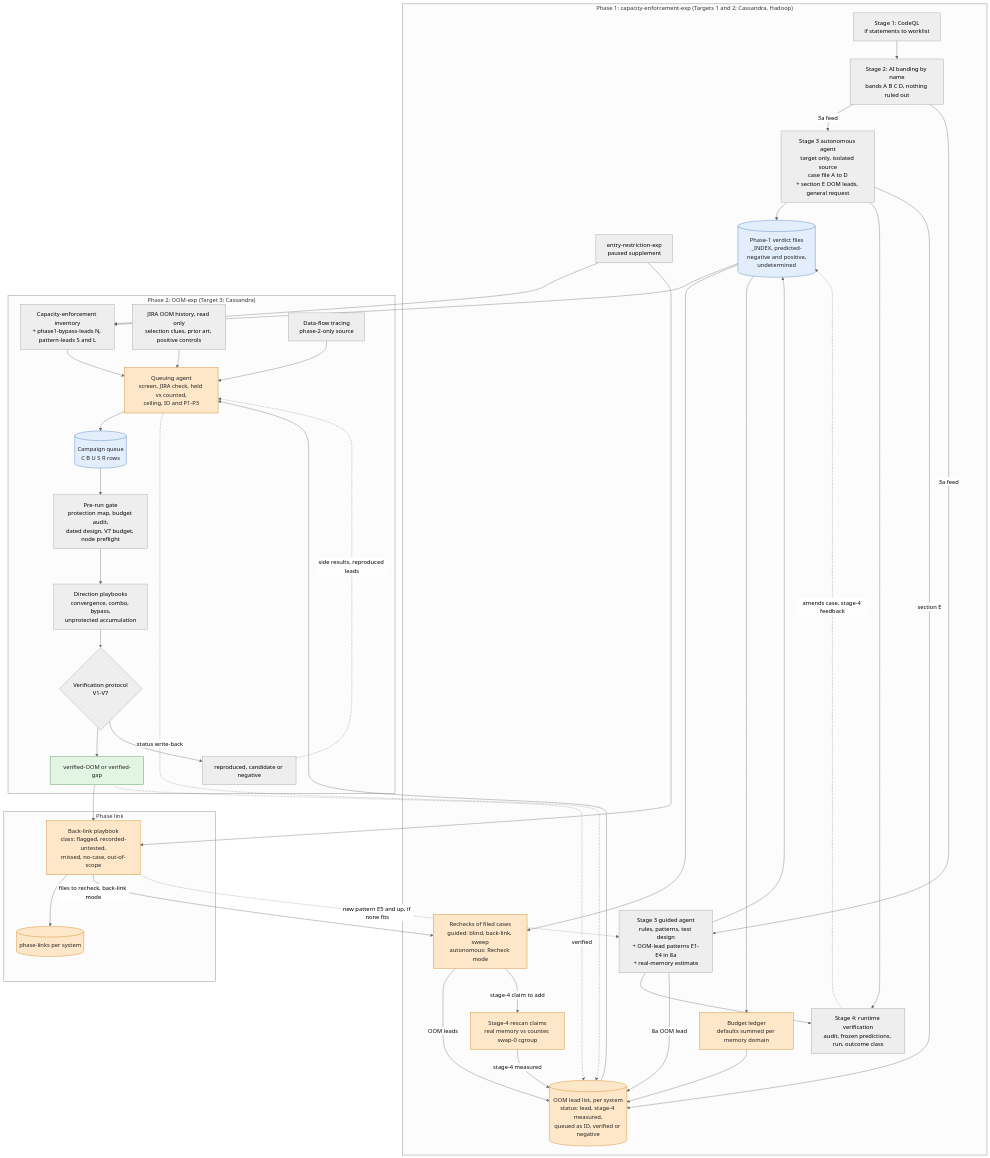
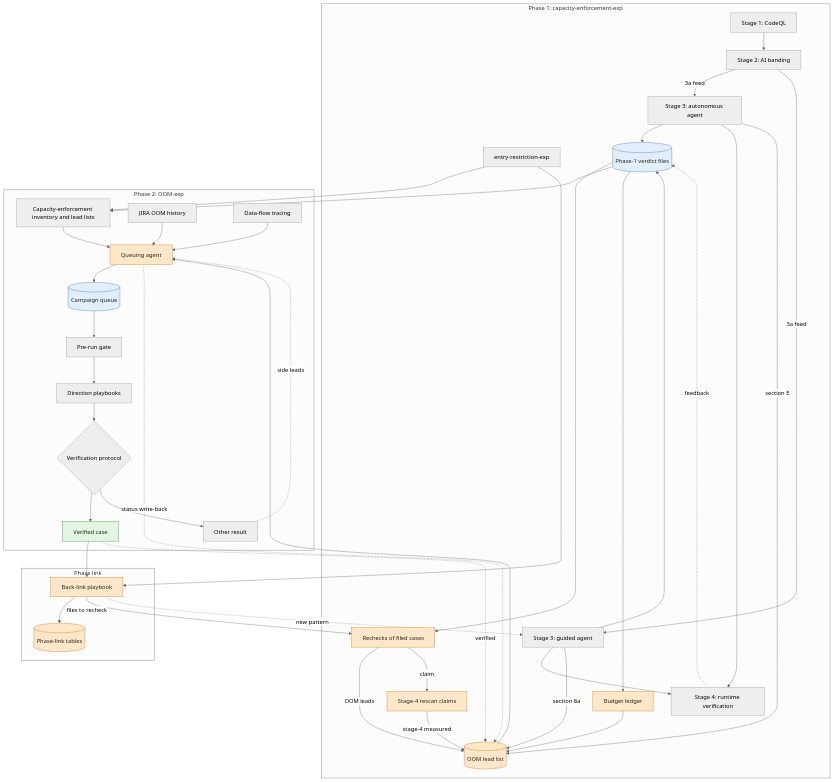
Before and after one commit to MengJingsong/Misconfiguration: the diagram in experiments/FLOWCHART.md, drawn with Mermaid (neutral theme). The commit also changed other lines of this file and 1 other file, not shown here.

Commit message:
Experiments flowchart: step names only; rule notes it

````diff
--- a/experiments/FLOWCHART.md
+++ b/experiments/FLOWCHART.md
@@ -79,80 +80,80 @@
 ```mermaid
 flowchart TD
   classDef newlink fill:#fde7c8,stroke:#c77700,color:#222
   classDef store fill:#e3eefc,stroke:#3a6fb0,color:#222
   classDef verdict fill:#e2f4e2,stroke:#3a8a3a,color:#222
 
-  subgraph P1["Phase 1: capacity-enforcement-exp (Targets 1 and 2; Cassandra, Hadoop)"]
-    S1["Stage 1: CodeQL<br/>if statements to worklist"]
-    S2["Stage 2: AI banding by name<br/>bands A B C D, nothing ruled out"]
-    S3A["Stage 3 autonomous agent<br/>target only, isolated source<br/>case file A to D<br/>+ section E OOM leads, general request"]
-    S3G["Stage 3 guided agent<br/>rules, patterns, test design<br/>+ OOM-lead patterns E1-E4 in 8a<br/>+ real-memory estimate"]
-    ER["entry-restriction-exp<br/>paused supplement"]
-    VF[("Phase-1 verdict files<br/>_INDEX, predicted-negative and positive,<br/>undetermined")]
-    S4["Stage 4: runtime verification<br/>audit, frozen predictions, run, outcome class"]
-    RC["Rechecks of filed cases<br/>guided: blind, back-link, sweep<br/>autonomous: Recheck mode"]
-    BLG["Budget ledger<br/>defaults summed per memory domain"]
-    RS["Stage-4 rescan claims<br/>real memory vs counter, swap-0 cgroup"]
-    LL[("OOM lead list, per system<br/>status: lead, stage-4 measured,<br/>queued as ID, verified or negative")]
+  subgraph P1["Phase 1: capacity-enforcement-exp"]
+    S1["Stage 1: CodeQL"]
+    S2["Stage 2: AI banding"]
+    S3A["Stage 3: autonomous agent"]
+    S3G["Stage 3: guided agent"]
+    ER["entry-restriction-exp"]
+    VF[("Phase-1 verdict files")]
+    S4["Stage 4: runtime verification"]
+    RC["Rechecks of filed cases"]
+    BLG["Budget ledger"]
+    RS["Stage-4 rescan claims"]
+    LL[("OOM lead list")]
   end
 
-  subgraph P2["Phase 2: OOM-exp (Target 3; Cassandra)"]
-    INV["Capacity-enforcement inventory<br/>+ phase1-bypass-leads N, pattern-leads S and L"]
-    JIRA["JIRA OOM history, read only<br/>selection clues, prior art, positive controls"]
-    DF["Data-flow tracing<br/>phase-2-only source"]
-    Q["Queuing agent<br/>screen, JIRA check, held vs counted,<br/>ceiling, ID and P1-P3"]
-    CP[("Campaign queue<br/>C B U S R rows")]
-    GATE["Pre-run gate<br/>protection map, budget audit,<br/>dated design, V7 budget, node preflight"]
-    RUN["Direction playbooks<br/>convergence, combo, bypass,<br/>unprotected accumulation"]
-    VP{"Verification protocol<br/>V1-V7"}
-    VER["verified-OOM or verified-gap"]
-    OTH["reproduced, candidate or negative"]
+  subgraph P2["Phase 2: OOM-exp"]
+    INV["Capacity-enforcement inventory and lead lists"]
+    JIRA["JIRA OOM history"]
+    DF["Data-flow tracing"]
+    Q["Queuing agent"]
+    CP[("Campaign queue")]
+    GATE["Pre-run gate"]
+    RUN["Direction playbooks"]
+    VP{"Verification protocol"}
+    VER["Verified case"]
+    OTH["Other result"]
   end
 
   subgraph LK["Phase link"]
-    BL["Back-link playbook<br/>class: flagged, recorded-untested,<br/>missed, no-case, out-of-scope"]
-    PL[("phase-links per system")]
+    BL["Back-link playbook"]
+    PL[("Phase-link tables")]
   end
 
   S1 --> S2
   S2 -->|3a feed| S3A
   S2 -->|3a feed| S3G
   S3A --> VF
   S3G --> VF
   S3A --> S4
   S3G --> S4
-  S4 -.->|amends case, stage-4 feedback| VF
+  S4 -.->|feedback| VF
   VF --> INV
   ER --> INV
 
   S3A -->|section E| LL
-  S3G -->|8a OOM lead| LL
+  S3G -->|section 8a| LL
   VF --> RC
   RC -->|OOM leads| LL
   VF --> BLG
   BLG --> LL
-  RC -->|stage-4 claim to add| RS
+  RC -->|claim| RS
   RS -->|stage-4 measured| LL
 
   LL --> Q
   INV --> Q
   JIRA --> Q
   DF --> Q
   Q --> CP
   Q -.->|status write-back| LL
   CP --> GATE --> RUN --> VP
   VP --> VER
   VP --> OTH
-  OTH -.->|side results, reproduced leads| Q
+  OTH -.->|side leads| Q
 
   VER --> BL
   ER --> BL
   BL --> PL
-  BL -->|files to recheck, back-link mode| RC
-  BL -.->|new pattern E5 and up, if none fits| S3G
+  BL -->|files to recheck| RC
+  BL -.->|new pattern| S3G
   VER -.->|verified| LL
 
   class RC,BLG,RS,LL,Q,BL,PL newlink
   class VF,CP store
   class VER verdict
 ```
````
